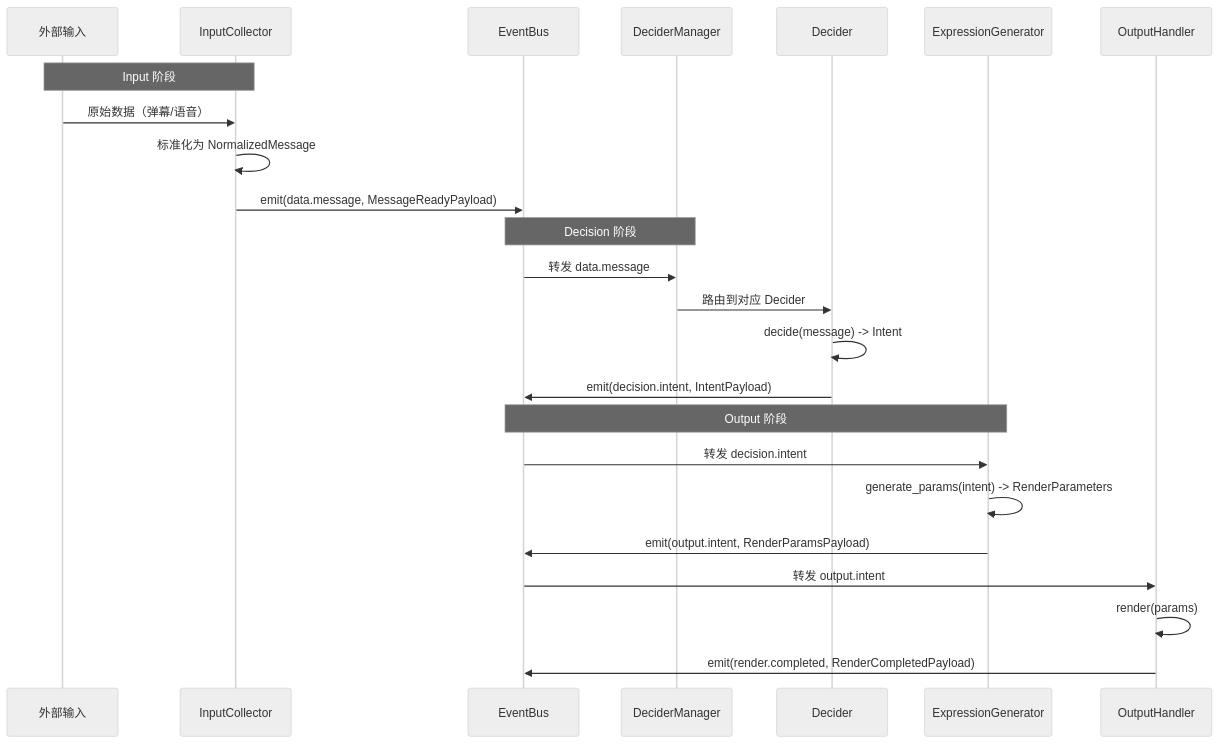
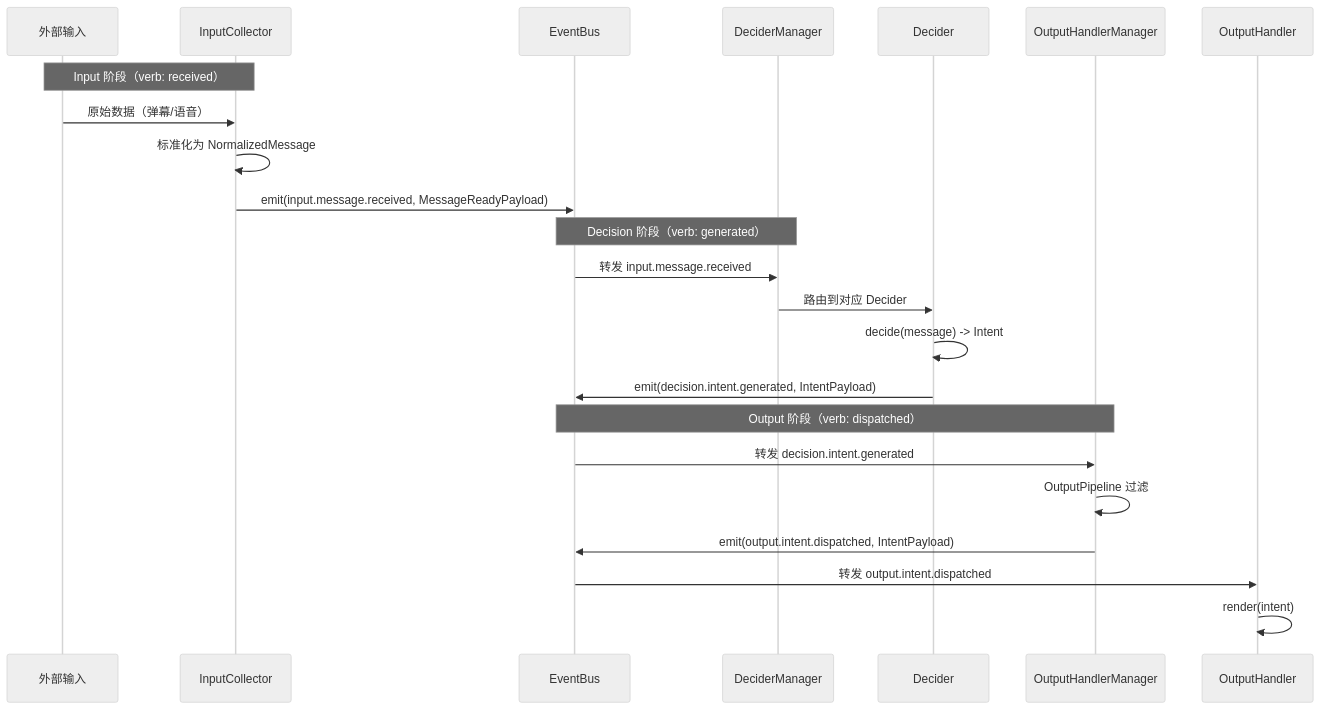
The third of 5 diagrams in docs/architecture/data-flow.md (Mai-with-u/Amaidesu), drawn with Mermaid (neutral theme) before and after one commit. The commit also changed other lines of this file and 59 other files, not shown here.

````diff
--- a/docs/architecture/data-flow.md
+++ b/docs/architecture/data-flow.md
@@ -492,33 +523,32 @@
 ```mermaid
 sequenceDiagram
     participant Ext as 外部输入
     participant IP as InputCollector
     participant EB as EventBus
     participant DM as DeciderManager
     participant DP as Decider
-    participant EG as ExpressionGenerator
+    participant OPM as OutputHandlerManager
     participant OP as OutputHandler
 
-    Note over Ext,IP: Input 阶段
+    Note over Ext,IP: Input 阶段（verb: received）
 
     Ext->>IP: 原始数据（弹幕/语音）
     IP->>IP: 标准化为 NormalizedMessage
-    IP->>EB: emit(data.message, MessageReadyPayload)
+    IP->>EB: emit(input.message.received, MessageReadyPayload)
 
-    Note over DM,EB: Decision 阶段
+    Note over DM,EB: Decision 阶段（verb: generated）
 
-    EB->>DM: 转发 data.message
+    EB->>DM: 转发 input.message.received
     DM->>DP: 路由到对应 Decider
     DP->>DP: decide(message) -> Intent
-    DP->>EB: emit(decision.intent, IntentPayload)
+    DP->>EB: emit(decision.intent.generated, IntentPayload)
 
-    Note over EG,EB: Output 阶段
+    Note over OPM,EB: Output 阶段（verb: dispatched）
 
-    EB->>EG: 转发 decision.intent
-    EG->>EG: generate_params(intent) -> RenderParameters
-    EG->>EB: emit(output.intent, RenderParamsPayload)
+    EB->>OPM: 转发 decision.intent.generated
+    OPM->>OPM: OutputPipeline 过滤
+    OPM->>EB: emit(output.intent.dispatched, IntentPayload)
 
-    EB->>OP: 转发 output.intent
-    OP->>OP: render(params)
-    OP->>EB: emit(render.completed, RenderCompletedPayload)
+    EB->>OP: 转发 output.intent.dispatched
+    OP->>OP: render(intent)
 ```
````
